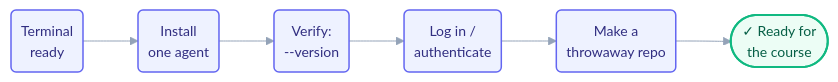
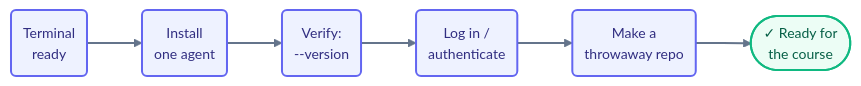
One commit to ayeshakhalid192007-dev/LoopEngineering-CrashCourse changed the diagram in docs/01-prerequisites/environment-setup.md. Above: the diagram before and after it, drawn with Mermaid. The commit also changed 66 other files, not shown here.

First line of the commit message:
docs(diagrams): bolden and unify all 70 mermaid diagrams

````diff
--- a/docs/01-prerequisites/environment-setup.md
+++ b/docs/01-prerequisites/environment-setup.md
@@ -29,11 +29,12 @@
 ```mermaid
-%%{init: {'theme':'base','themeVariables':{'fontFamily':'ui-sans-serif, system-ui, sans-serif','fontSize':'14px','lineColor':'#94a3b8'},'flowchart':{'curve':'basis','nodeSpacing':38,'rankSpacing':55,'padding':10}}}%%
+%%{init: {'theme':'base','themeVariables':{'fontFamily':'ui-sans-serif, system-ui, sans-serif','fontSize':'14px','lineColor':'#64748b','edgeLabelBackground':'#f8fafc'},'flowchart':{'curve':'basis','nodeSpacing':45,'rankSpacing':55,'padding':12}}}%%
 flowchart LR
     A("Terminal<br/>ready"):::step --> B("Install<br/>one agent"):::step
     B --> C("Verify:<br/>--version"):::step
     C --> D("Log in /<br/>authenticate"):::step
     D --> E("Make a<br/>throwaway repo"):::step
     E --> F(["✓ Ready for<br/>the course"]):::done
-    classDef step fill:#eef2ff,stroke:#6366f1,stroke-width:1.5px,color:#312e81;
+    linkStyle default stroke:#64748b,stroke-width:2px;
+    classDef step fill:#eef2ff,stroke:#6366f1,stroke-width:2px,color:#312e81;
     classDef done fill:#ecfdf5,stroke:#10b981,stroke-width:2px,color:#065f46;
 ```
````
